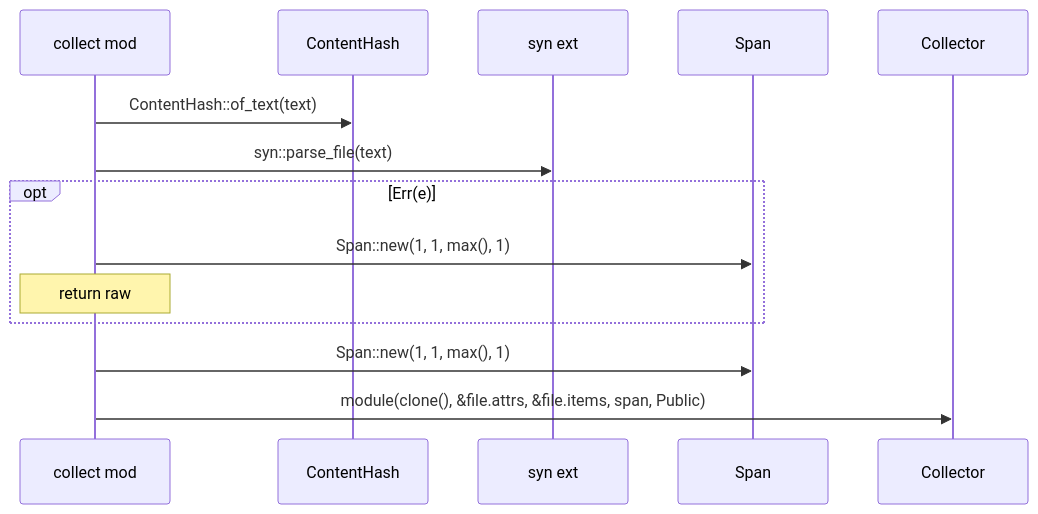
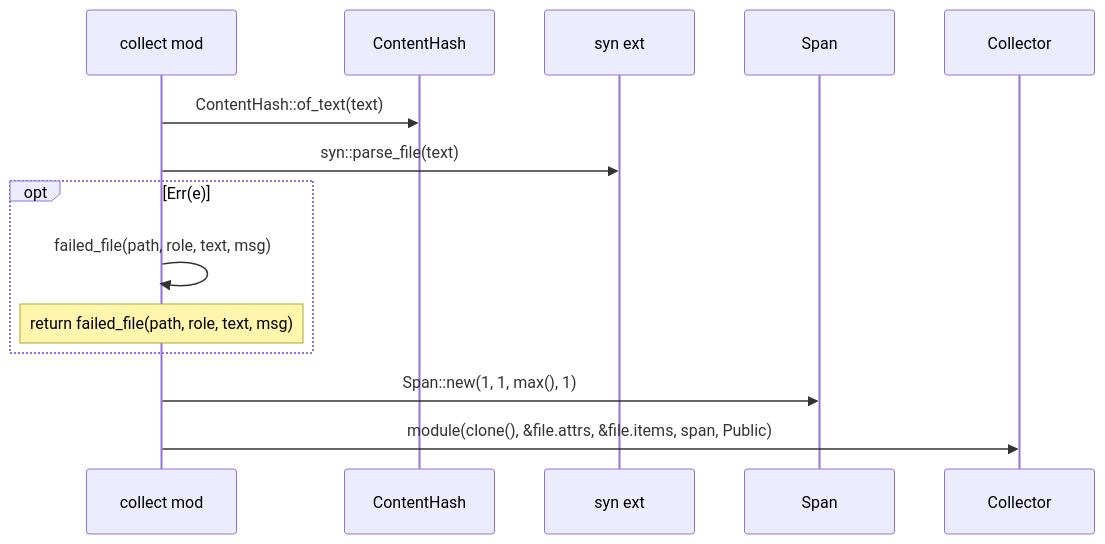
One commit to DreamLab-AI/codemaid changed the second of 36 diagrams in docs/codemaid/crates/codemaid-rust/src/collect.rs.md. Above: the diagram before and after it, drawn with Mermaid. The commit also changed other lines of this file and 29 other files, not shown here.

````diff
--- a/docs/codemaid/crates/codemaid-rust/src/collect.rs.md
+++ b/docs/codemaid/crates/codemaid-rust/src/collect.rs.md
@@ -204,16 +208,16 @@
 ```mermaid
 sequenceDiagram
   participant codemaid_rust__collect as collect mod
   participant codemaid_model__hash__ContentHash as ContentHash
   participant syn as syn ext
   participant codemaid_model__symbol__Span as Span
   participant codemaid_rust__collect__Collector as Collector
   codemaid_rust__collect->>codemaid_model__hash__ContentHash: ContentHash::of_text(text)
   codemaid_rust__collect->>syn: syn::parse_file(text)
   opt Err(e)
-    codemaid_rust__collect->>codemaid_model__symbol__Span: Span::new(1, 1, max(), 1)
-    Note over codemaid_rust__collect: return raw
+    codemaid_rust__collect->>codemaid_rust__collect: failed_file(path, role, text, msg)
+    Note over codemaid_rust__collect: return failed_file(path, role, text, msg)
   end
   codemaid_rust__collect->>codemaid_model__symbol__Span: Span::new(1, 1, max(), 1)
   codemaid_rust__collect->>codemaid_rust__collect__Collector: module(clone(), &file.attrs, &file.items, span, Public)
 ```
````
